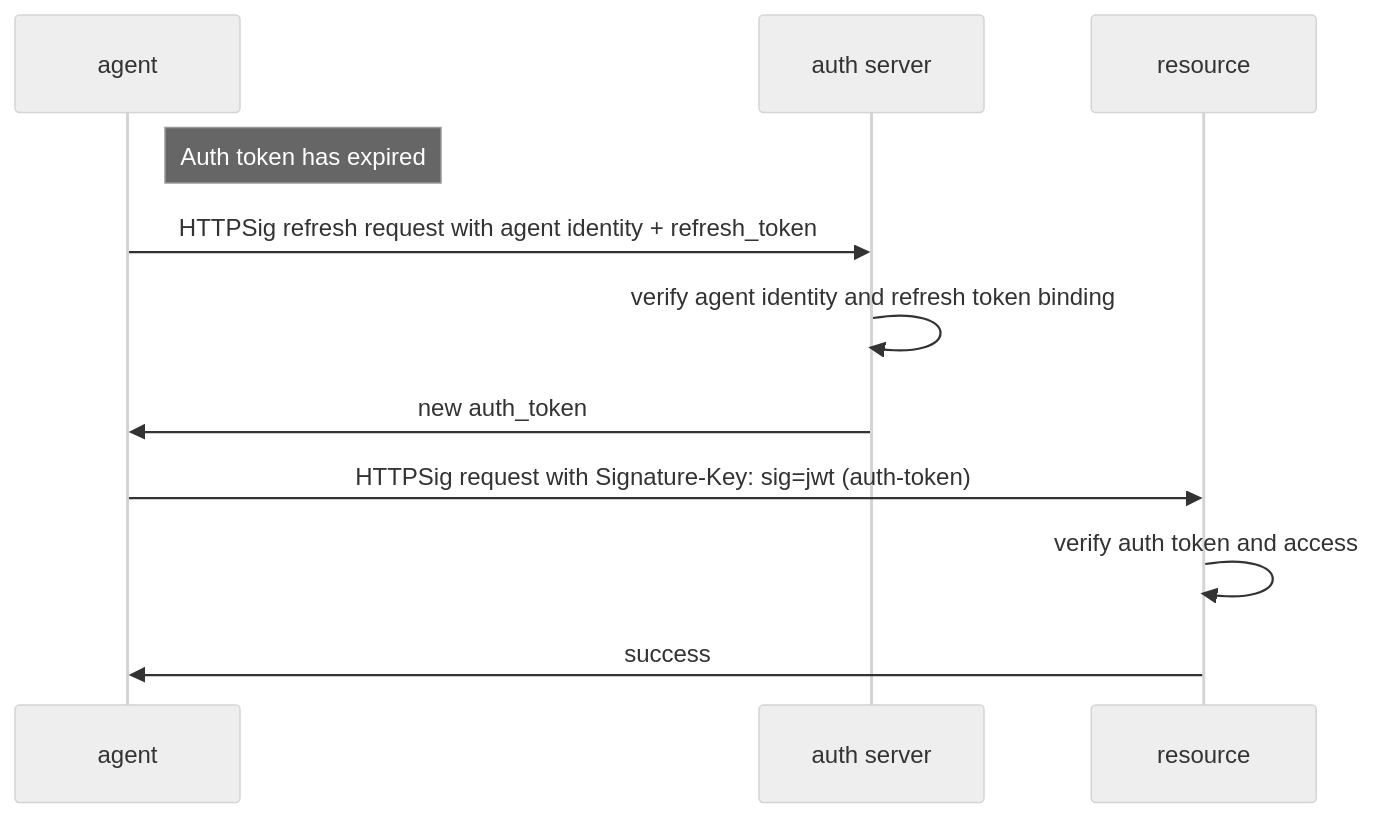
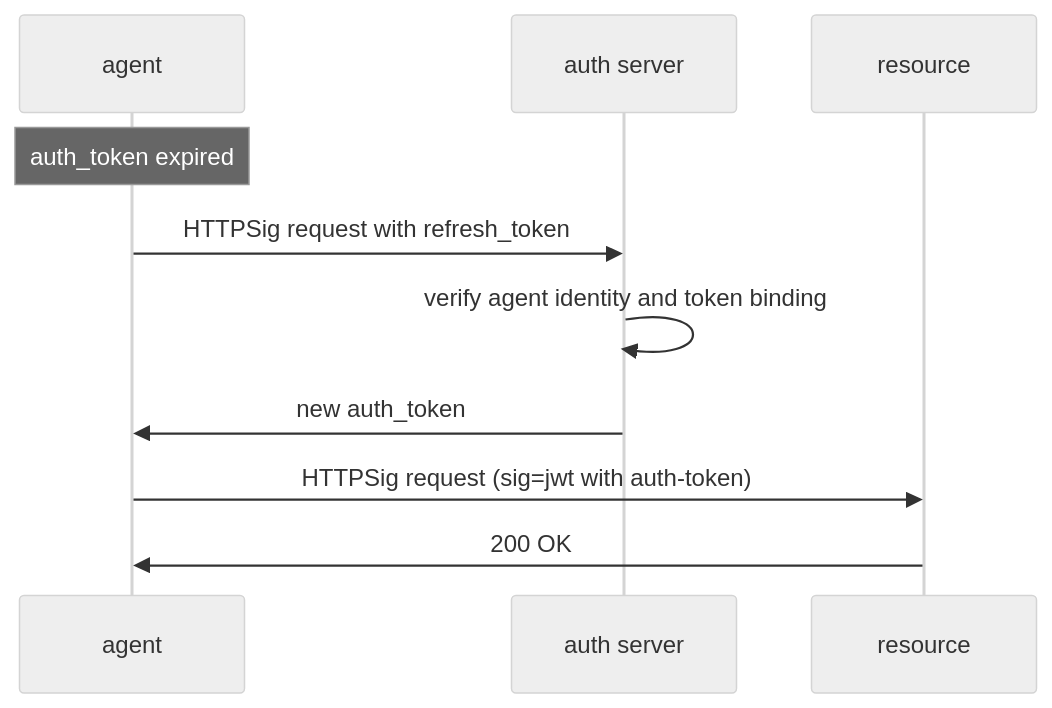
Before and after one commit to dickhardt/agent-auth: the sixth of 8 diagrams in README.md, drawn with Mermaid (neutral theme). The commit also changed other lines of this file, not shown here.

First line of the commit message:
Update to four signature schemes with required x5t

````diff
--- a/README.md
+++ b/README.md
@@ -342,16 +276,15 @@
 ```mermaid
 sequenceDiagram
     participant Agent as agent
-    participant AuthServer as auth server
+    participant Auth as auth server
     participant Resource as resource
 
-    Note right of Agent: Auth token has expired
+    Note over Agent: auth_token expired
 
-    Agent->>AuthServer: HTTPSig refresh request with agent identity + refresh_token
-    AuthServer->>AuthServer: verify agent identity and refresh token binding
-    AuthServer->>Agent: new auth_token
+    Agent->>Auth: HTTPSig request with refresh_token
+    Auth->>Auth: verify agent identity and token binding
+    Auth->>Agent: new auth_token
 
-    Agent->>Resource: HTTPSig request with Signature-Key: sig=jwt (auth-token)
-    Resource->>Resource: verify auth token and access
-    Resource->>Agent: success
+    Agent->>Resource: HTTPSig request (sig=jwt with auth-token)
+    Resource->>Agent: 200 OK
 ```
````
